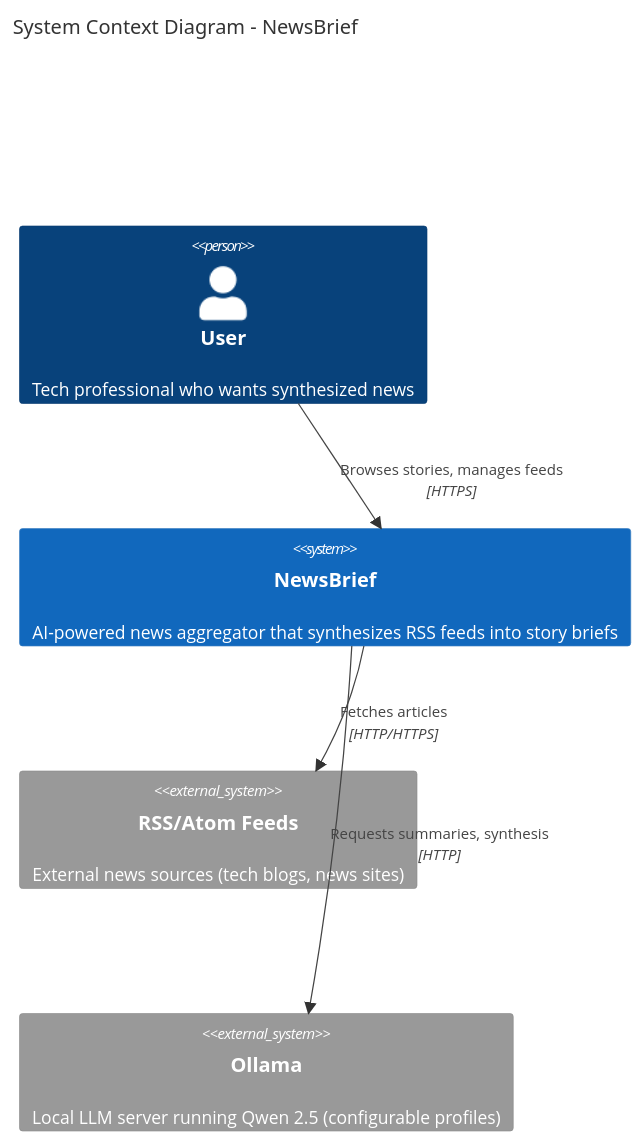
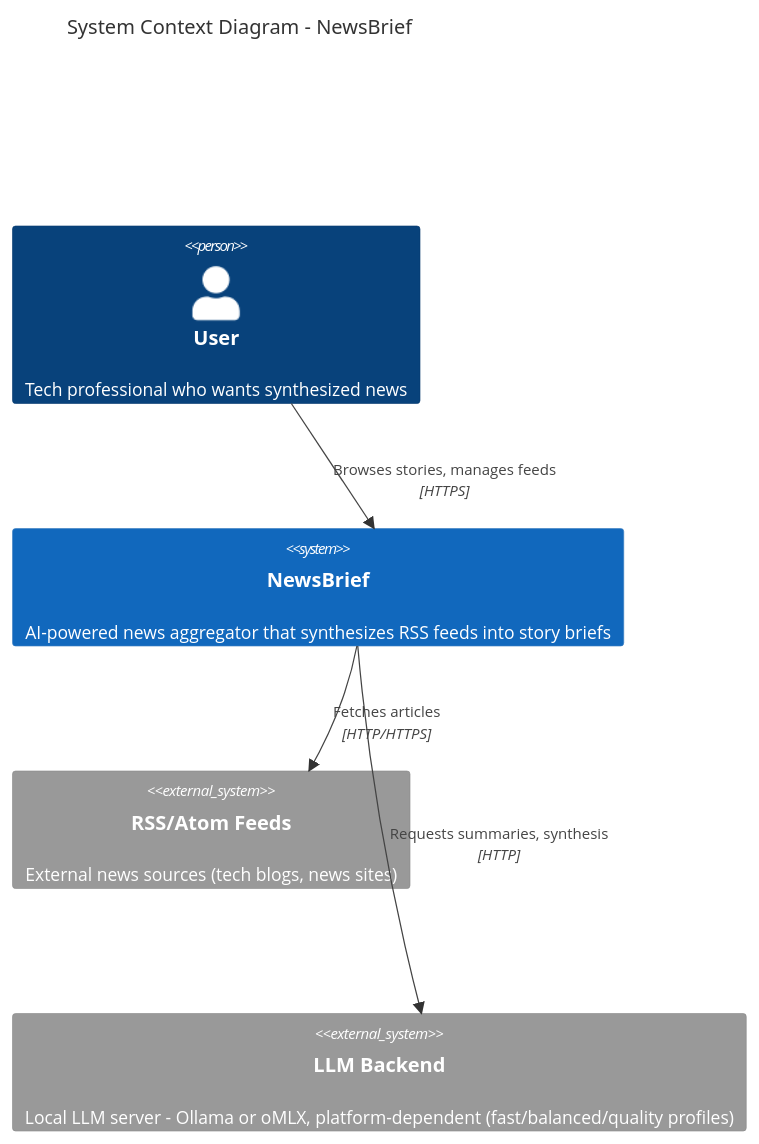
Before and after one commit to Deim0s13/newsbrief: the first of 11 diagrams in docs/ARCHITECTURE.md, drawn with Mermaid. The commit also changed other lines of this file and 2 other files, not shown here.

First line of the commit message:
docs: document device-aware LLM backend/model resolution for v0.8.7 (#322)

````diff
--- a/docs/ARCHITECTURE.md
+++ b/docs/ARCHITECTURE.md
@@ -286,15 +286,15 @@
 ```mermaid
 C4Context
     title System Context Diagram - NewsBrief
 
     Person(user, "User", "Tech professional who wants synthesized news")
 
     System(newsbrief, "NewsBrief", "AI-powered news aggregator that synthesizes RSS feeds into story briefs")
 
     System_Ext(rss_feeds, "RSS/Atom Feeds", "External news sources (tech blogs, news sites)")
-    System_Ext(ollama, "Ollama", "Local LLM server running Qwen 2.5 (configurable profiles)")
+    System_Ext(llm_backend, "LLM Backend", "Local LLM server - Ollama or oMLX, platform-dependent (fast/balanced/quality profiles)")
 
     Rel(user, newsbrief, "Browses stories, manages feeds", "HTTPS")
     Rel(newsbrief, rss_feeds, "Fetches articles", "HTTP/HTTPS")
-    Rel(newsbrief, ollama, "Requests summaries, synthesis", "HTTP")
+    Rel(newsbrief, llm_backend, "Requests summaries, synthesis", "HTTP")
 ```
````
